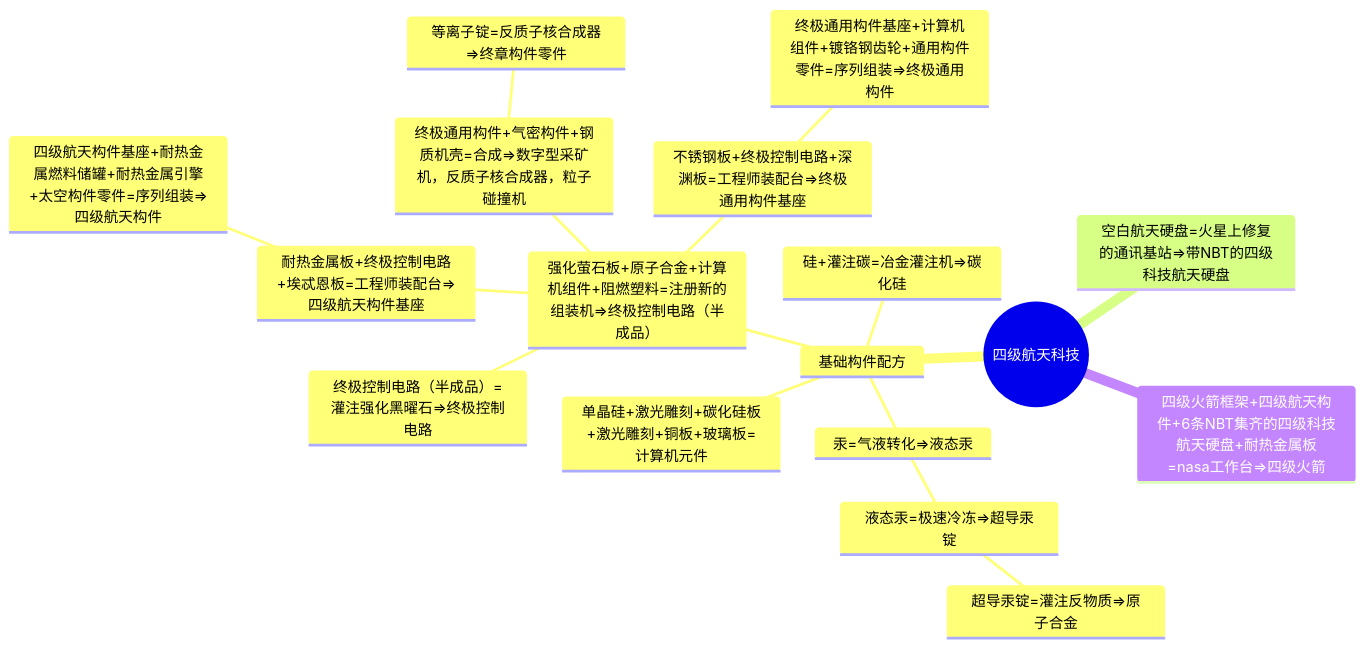
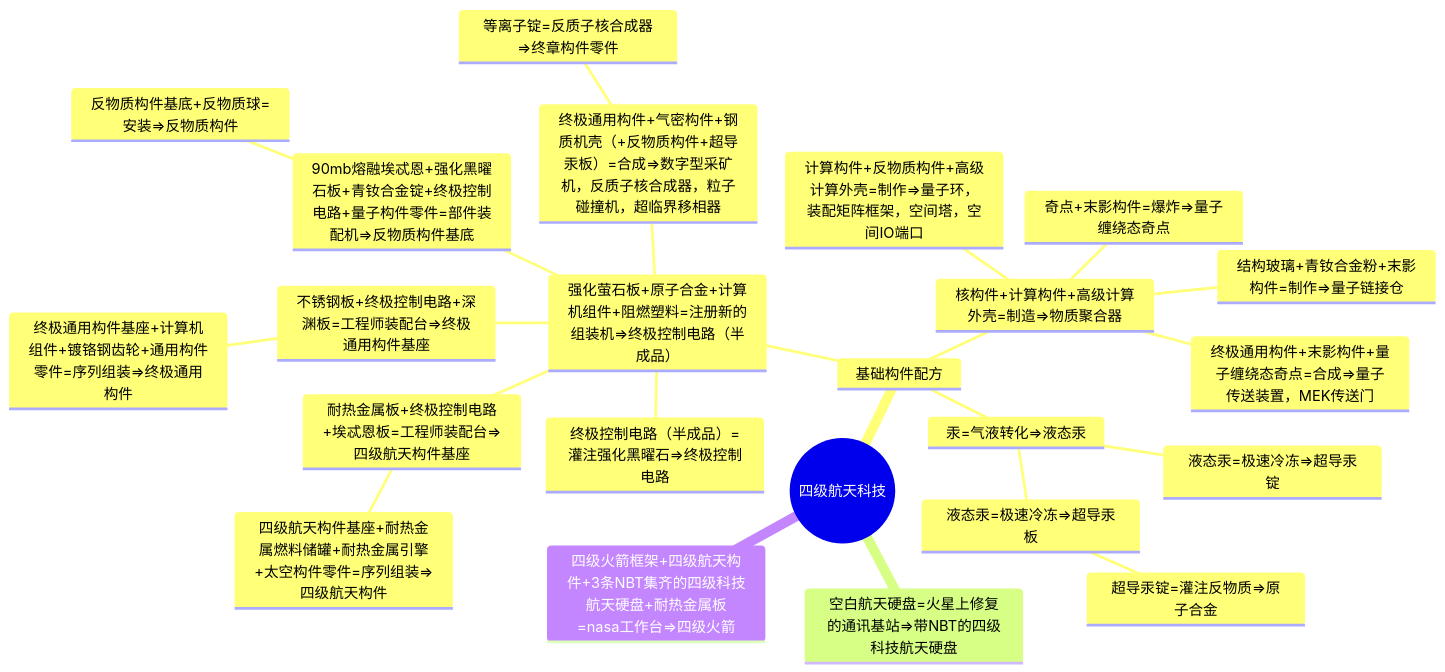
The fourth of 4 diagrams in Developer/TechTreeMap.md (VechniMetel/CodeNameCIM2), drawn with Mermaid before and after one commit.

Commit message:
还是不行，科技线还是要分散到四个阶段

````diff
--- a/Developer/TechTreeMap.md
+++ b/Developer/TechTreeMap.md
@@ -113,20 +106,26 @@
 ``` mermaid
 mindmap
     root((四级航天科技))
         基础构件配方
             汞=气液转化=>液态汞
                 液态汞=极速冷冻=>超导汞锭
+                液态汞=极速冷冻=>超导汞板
                     超导汞锭=灌注反物质=>原子合金
-            硅+灌注碳=冶金灌注机=>碳化硅
-            单晶硅+激光雕刻+碳化硅板+激光雕刻+铜板+玻璃板=计算机元件
             强化萤石板+原子合金+计算机组件+阻燃塑料=注册新的组装机=>终极控制电路（半成品）
                 终极控制电路（半成品）=灌注强化黑曜石=>终极控制电路
                 耐热金属板+终极控制电路+埃忒恩板=工程师装配台=>四级航天构件基座
                     四级航天构件基座+耐热金属燃料储罐+耐热金属引擎+太空构件零件=序列组装=>四级航天构件
                 不锈钢板+终极控制电路+深渊板=工程师装配台=>终极通用构件基座
                     终极通用构件基座+计算机组件+镀铬钢齿轮+通用构件零件=序列组装=>终极通用构件
-                终极通用构件+气密构件+钢质机壳=合成=>数字型采矿机，反质子核合成器，粒子碰撞机
+                90mb熔融埃忒恩+强化黑曜石板+青钕合金锭+终极控制电路+量子构件零件=部件装配机=>反物质构件基底
+                    反物质构件基底+反物质球=安装=>反物质构件
+                终极通用构件+气密构件+钢质机壳（+反物质构件+超导汞板）=合成=>数字型采矿机，反质子核合成器，粒子碰撞机，超临界移相器
                     等离子锭=反质子核合成器=>终章构件零件
+            核构件+计算构件+高级计算外壳=制造=>物质聚合器
+                奇点+末影构件=爆炸=>量子缠绕态奇点
+                终极通用构件+末影构件+量子缠绕态奇点=合成=>量子传送装置，MEK传送门
+                计算构件+反物质构件+高级计算外壳=制作=>量子环，装配矩阵框架，空间塔，空间IO端口
+                结构玻璃+青钕合金粉+末影构件=制作=>量子链接仓
         空白航天硬盘=火星上修复的通讯基站=>带NBT的四级科技航天硬盘
-        四级火箭框架+四级航天构件+6条NBT集齐的四级科技航天硬盘+耐热金属板=nasa工作台=>四级火箭
+        四级火箭框架+四级航天构件+3条NBT集齐的四级科技航天硬盘+耐热金属板=nasa工作台=>四级火箭
 ```
````
